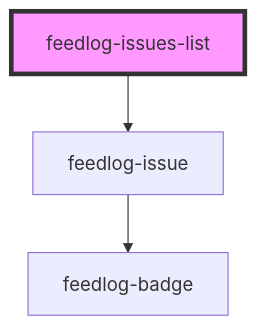
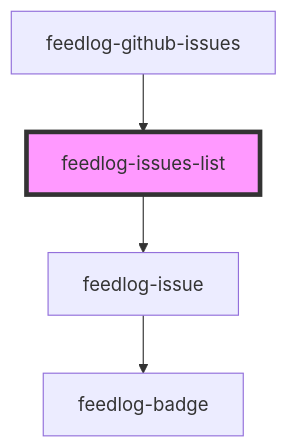
One commit to FeedlogAI/feedlog-toolkit changed the diagram in packages/webcomponents/src/components/feedlog-issues-list/readme.md. Above: the diagram before and after it, drawn with Mermaid. The commit also changed other lines of this file and 10 other files, not shown here.

First line of the commit message:
feat: enhance FeedlogIssuesList component with empty state properties

````diff
--- a/packages/webcomponents/src/components/feedlog-issues-list/readme.md
+++ b/packages/webcomponents/src/components/feedlog-issues-list/readme.md
@@ -33,6 +39,7 @@
 ```mermaid
 graph TD;
   feedlog-issues-list --> feedlog-issue
   feedlog-issue --> feedlog-badge
+  feedlog-github-issues --> feedlog-issues-list
   style feedlog-issues-list fill:#f9f,stroke:#333,stroke-width:4px
 ```
````
